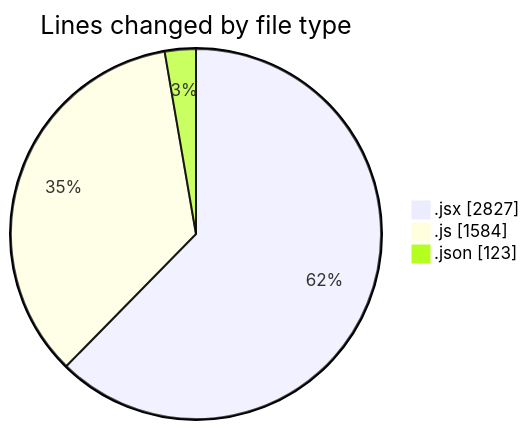
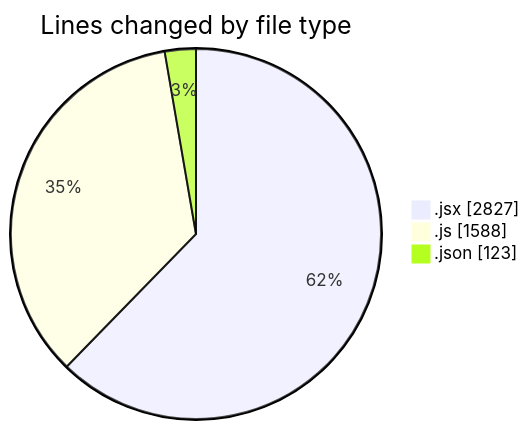
Before and after one commit to nxtqubesakshisongat/code-tracking: the first of 2 diagrams in 2025-12-28/nxtqube_webapp/README.md, drawn with Mermaid. The commit also changed other lines of this file and 1 other file, not shown here.

````diff
--- a/2025-12-28/nxtqube_webapp/README.md
+++ b/2025-12-28/nxtqube_webapp/README.md
@@ -27,7 +27,7 @@
 ```mermaid
 pie showData
 title Lines changed by file type
 ".jsx" : 2827
-".js" : 1584
+".js" : 1588
 ".json" : 123
 ```
````
